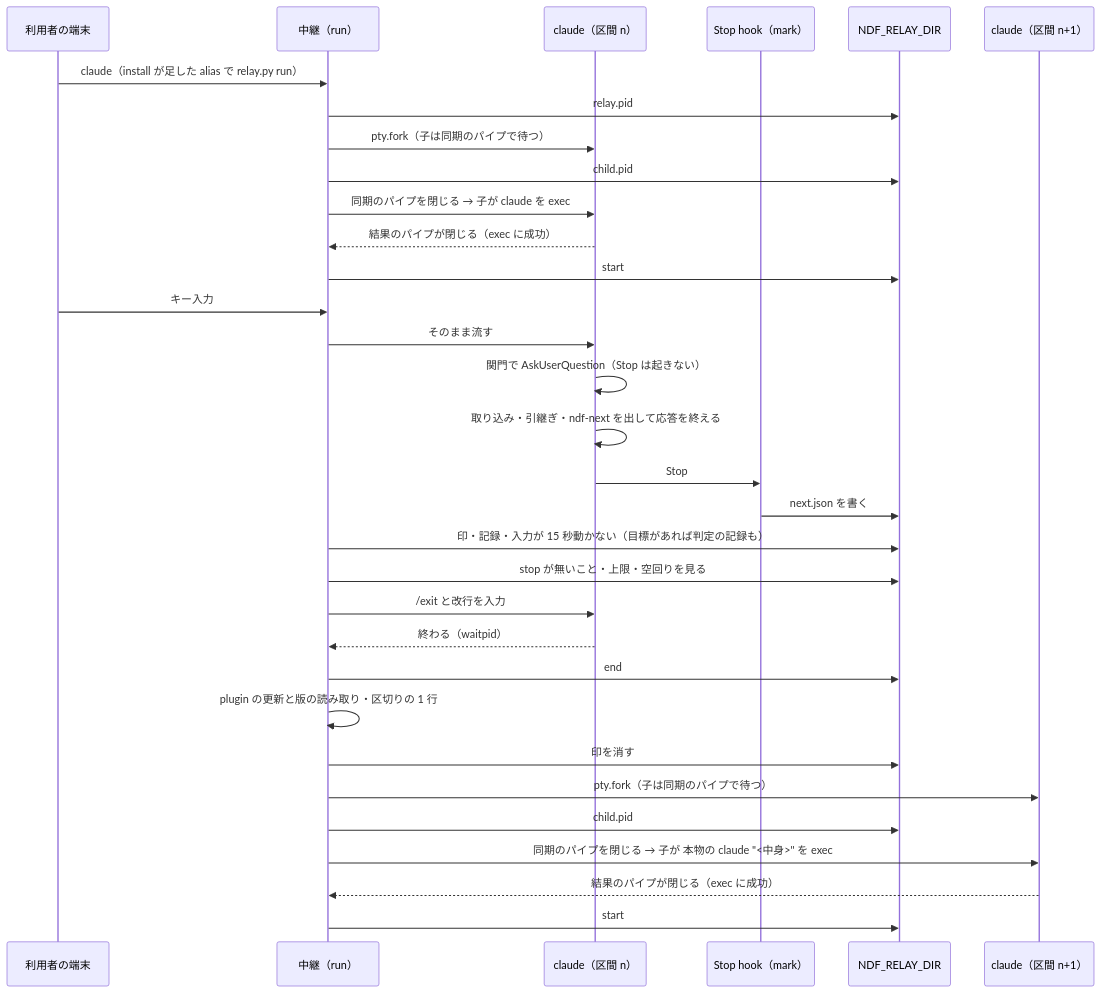
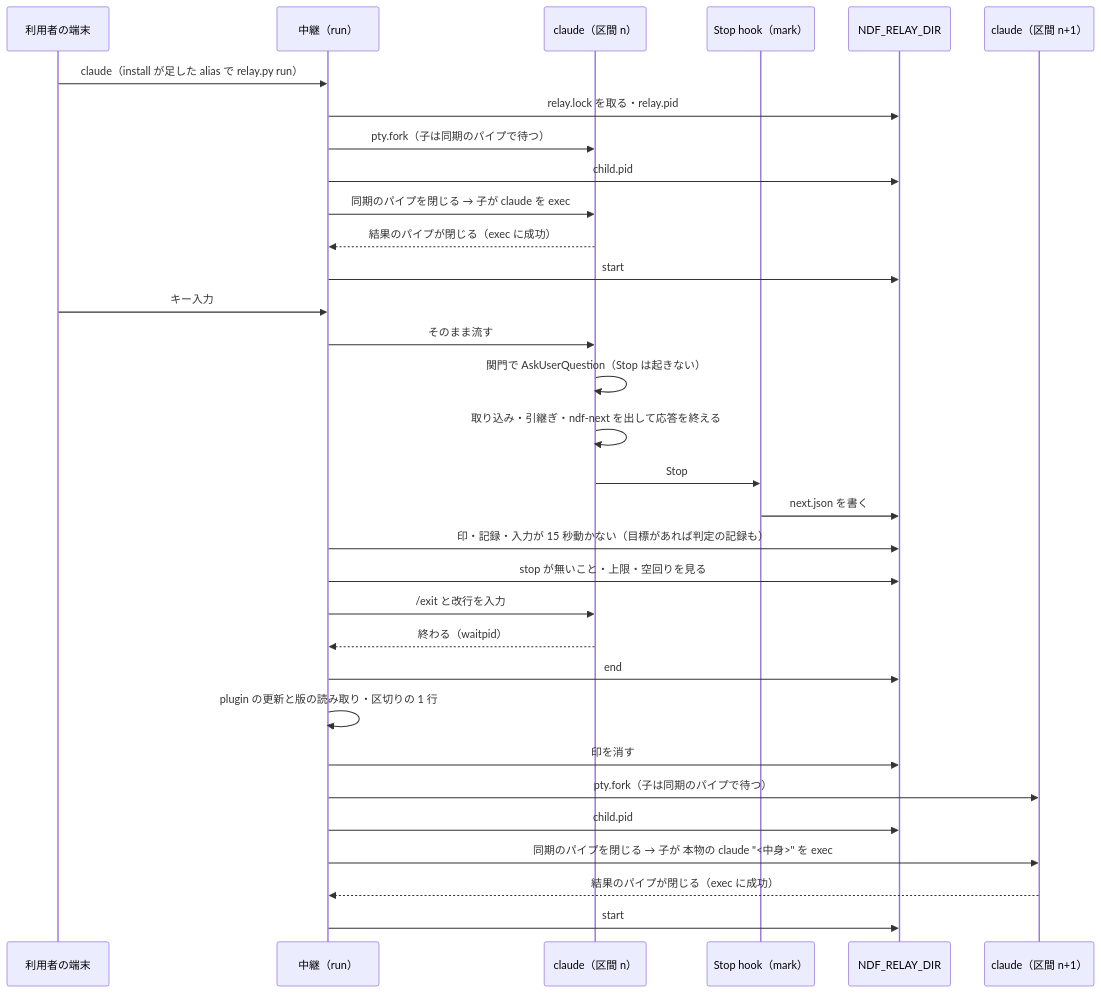
The second of 3 diagrams in issues/issue-895-design.md (devbasex/ai-plugins), drawn with Mermaid before and after one commit. The commit also changed other lines of this file, not shown here.

````diff
--- a/issues/issue-895-design.md
+++ b/issues/issue-895-design.md
@@ -311,34 +312,34 @@
 ```mermaid
 sequenceDiagram
     participant U as 利用者の端末
     participant R as 中継（run）
     participant C as claude（区間 n）
     participant H as Stop hook（mark）
     participant F as NDF_RELAY_DIR
     participant C2 as claude（区間 n+1）
     U->>R: claude（install が足した alias で relay.py run）
-    R->>F: relay.pid
+    R->>F: relay.lock を取る・relay.pid
     R->>C: pty.fork（子は同期のパイプで待つ）
     R->>F: child.pid
     R->>C: 同期のパイプを閉じる → 子が claude を exec
     C-->>R: 結果のパイプが閉じる（exec に成功）
     R->>F: start
     U->>R: キー入力
     R->>C: そのまま流す
     C->>C: 関門で AskUserQuestion（Stop は起きない）
     C->>C: 取り込み・引継ぎ・ndf-next を出して応答を終える
     C->>H: Stop
     H->>F: next.json を書く
     R->>F: 印・記録・入力が 15 秒動かない（目標があれば判定の記録も）
     R->>F: stop が無いこと・上限・空回りを見る
     R->>C: /exit と改行を入力
     C-->>R: 終わる（waitpid）
     R->>F: end
     R->>R: plugin の更新と版の読み取り・区切りの 1 行
     R->>F: 印を消す
     R->>C2: pty.fork（子は同期のパイプで待つ）
     R->>F: child.pid
     R->>C2: 同期のパイプを閉じる → 子が 本物の claude "<中身>" を exec
     C2-->>R: 結果のパイプが閉じる（exec に成功）
     R->>F: start
 ```
````
